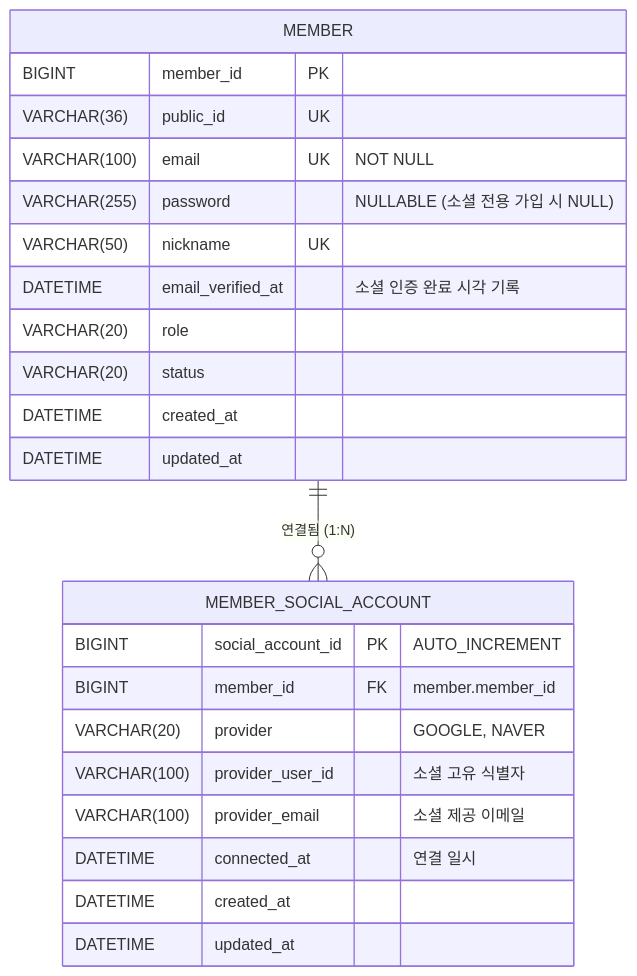
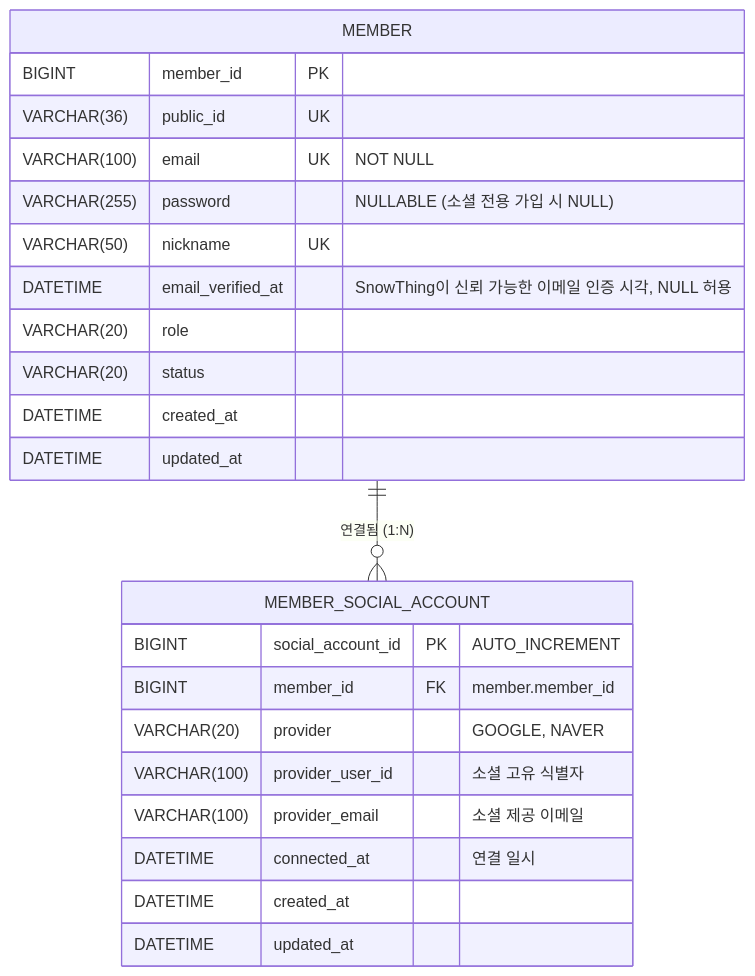
Before and after one commit to devikae/snowthing: the diagram in docs/conception/008_social_login/03_erd.md, drawn with Mermaid. The commit also changed other lines of this file and 17 other files, not shown here.

````diff
--- a/docs/conception/008_social_login/03_erd.md
+++ b/docs/conception/008_social_login/03_erd.md
@@ -5,28 +5,28 @@
 ```mermaid
 erDiagram
     MEMBER ||--o{ MEMBER_SOCIAL_ACCOUNT : "연결됨 (1:N)"
 
     MEMBER {
         BIGINT member_id PK
         VARCHAR(36) public_id UK
         VARCHAR(100) email UK "NOT NULL"
         VARCHAR(255) password "NULLABLE (소셜 전용 가입 시 NULL)"
         VARCHAR(50) nickname UK
-        DATETIME email_verified_at "소셜 인증 완료 시각 기록"
+        DATETIME email_verified_at "SnowThing이 신뢰 가능한 이메일 인증 시각, NULL 허용"
         VARCHAR(20) role
         VARCHAR(20) status
         DATETIME created_at
         DATETIME updated_at
     }
 
     MEMBER_SOCIAL_ACCOUNT {
         BIGINT social_account_id PK "AUTO_INCREMENT"
         BIGINT member_id FK "member.member_id"
         VARCHAR(20) provider "GOOGLE, NAVER"
         VARCHAR(100) provider_user_id "소셜 고유 식별자"
         VARCHAR(100) provider_email "소셜 제공 이메일"
         DATETIME connected_at "연결 일시"
         DATETIME created_at
         DATETIME updated_at
     }
 ```
````
